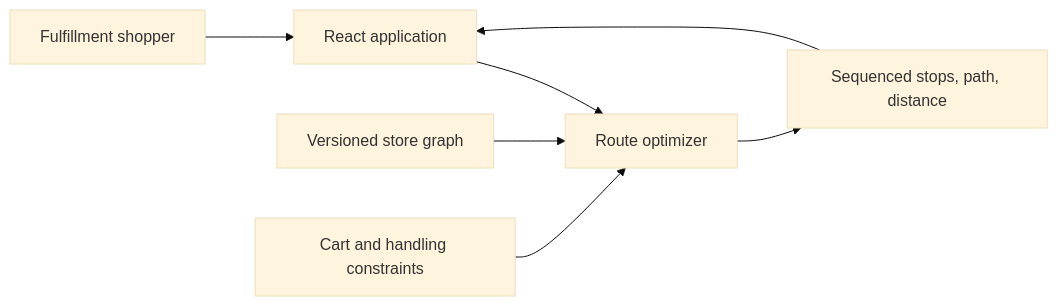
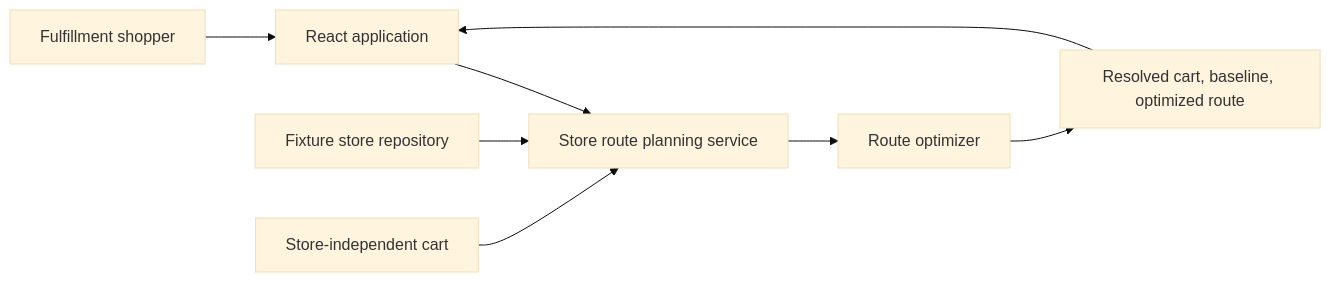
Before and after one commit to ravi-rajpurohit-gh/route-wise: the first of 2 diagrams in docs/ARCHITECTURE.md, drawn with Mermaid (base theme). The commit also changed other lines of this file and 19 other files, not shown here.

````diff
--- a/docs/ARCHITECTURE.md
+++ b/docs/ARCHITECTURE.md
@@ -12,9 +12,10 @@
 ```mermaid
 flowchart LR
   User["Fulfillment shopper"] --> UI["React application"]
-  UI --> Optimizer["Route optimizer"]
-  StoreData["Versioned store graph"] --> Optimizer
-  Cart["Cart and handling constraints"] --> Optimizer
-  Optimizer --> Result["Sequenced stops, path, distance"]
+  UI --> Planner["Store route planning service"]
+  Repository["Fixture store repository"] --> Planner
+  Cart["Store-independent cart"] --> Planner
+  Planner --> Optimizer["Route optimizer"]
+  Optimizer --> Result["Resolved cart, baseline, optimized route"]
   Result --> UI
 ```
````
